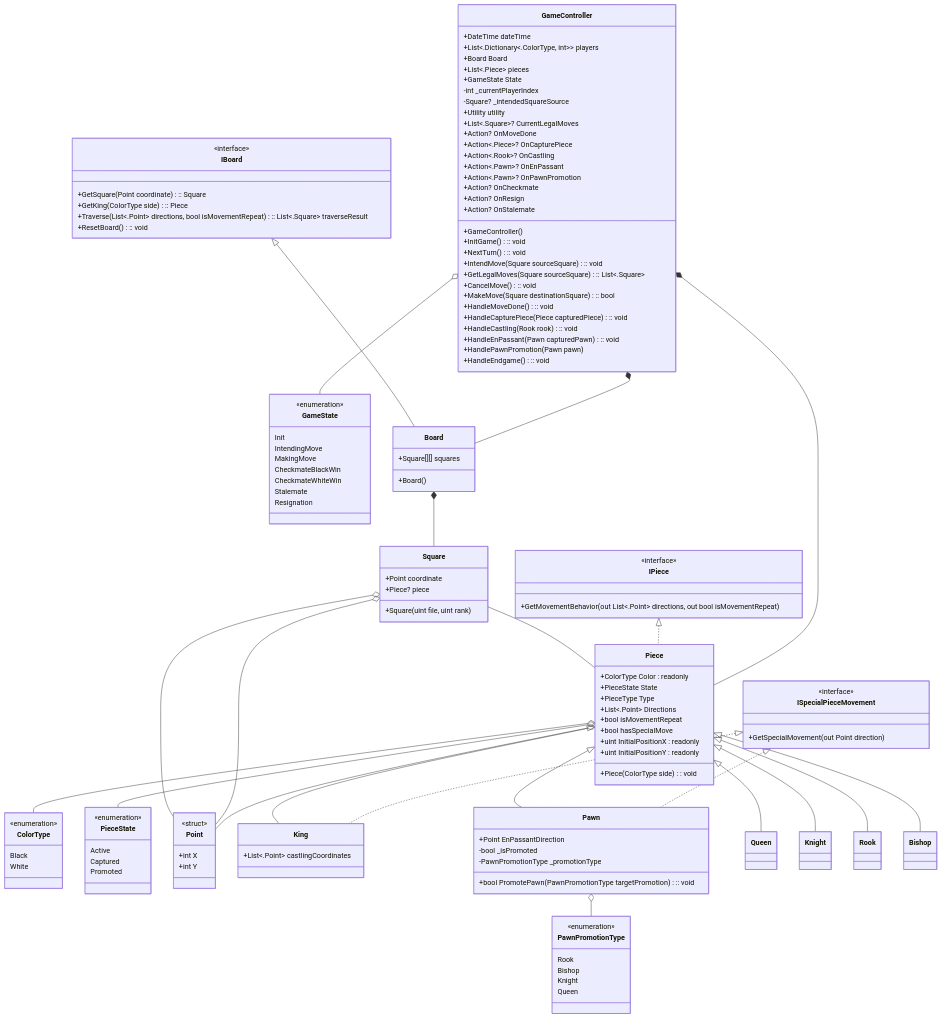
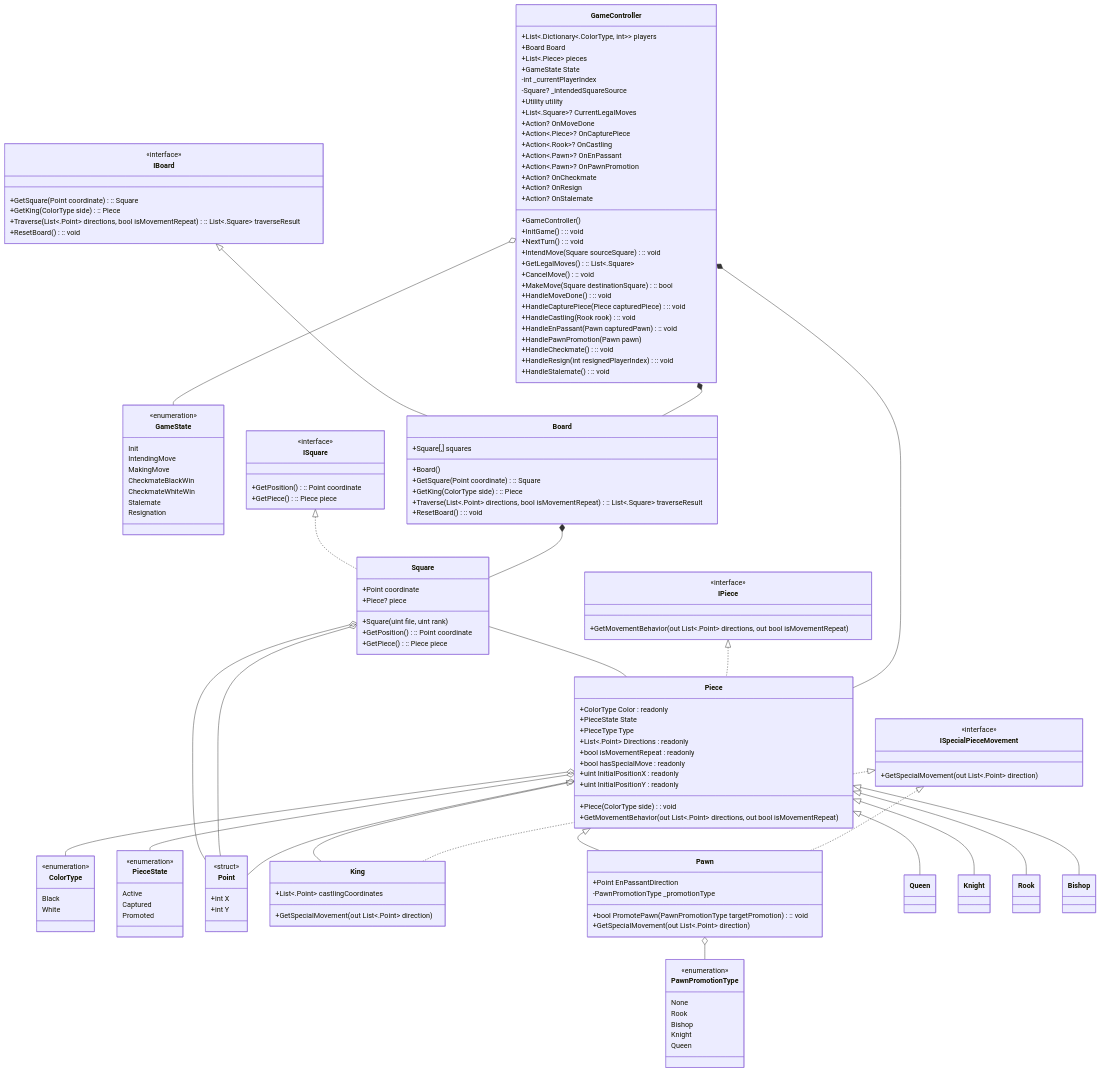
One commit to borednuna/Formulatrix-Batch-14-Bootcamp changed the diagram in Individual Project/Class Diagram/ChessRevision.mmd. Above: the diagram before and after it, drawn with Mermaid. The commit also changed 4 other files, not shown here.

```diff
--- a/Individual Project/Class Diagram/ChessRevision.mmd
+++ b/Individual Project/Class Diagram/ChessRevision.mmd
@@ -1,152 +1,169 @@
 classDiagram
 direction TB
 
 class ColorType {
     Black
     White
 }
 <<enumeration>> ColorType
 
 class PieceState {
     Active
     Captured
     Promoted
 }
 <<enumeration>> PieceState
 
 class GameState {
     Init
     IntendingMove
     MakingMove
     CheckmateBlackWin
     CheckmateWhiteWin
     Stalemate
     Resignation
 }
 <<enumeration>> GameState
 
 class PawnPromotionType {
+    None
     Rook
     Bishop
     Knight
     Queen
 }
 <<enumeration>> PawnPromotionType
 
 class Point {
     +int X
     +int Y
 }
 <<struct>> Point
 
 class IBoard {
     +GetSquare(Point coordinate) :: Square
     +GetKing(ColorType side) :: Piece
     +Traverse(List<.Point> directions, bool isMovementRepeat) :: List<.Square> traverseResult
     +ResetBoard() :: void
 }
 <<interface>> IBoard
 
 class IPiece {
     +GetMovementBehavior(out List<.Point> directions, out bool isMovementRepeat)
 }
 <<interface>> IPiece
 
 class ISpecialPieceMovement {
-    +GetSpecialMovement(out Point direction)
+    +GetSpecialMovement(out List<.Point> direction)
 }
 <<interface>> ISpecialPieceMovement
 
+class ISquare {
+    +GetPosition() :: Point coordinate
+    +GetPiece() :: Piece piece
+}
+<<interface>> ISquare
+
 class GameController {
-    +DateTime dateTime
     +List<.Dictionary<.ColorType, int>> players
     +Board Board
     +List<.Piece> pieces
     +GameState State
     -int _currentPlayerIndex
     -Square? _intendedSquareSource
     +Utility utility
     +List<.Square>? CurrentLegalMoves
     +GameController()
     +InitGame() :: void
     +NextTurn() :: void
     +IntendMove(Square sourceSquare) :: void
-    +GetLegalMoves(Square sourceSquare) :: List<.Square>
+    +GetLegalMoves() :: List<.Square>
     +CancelMove() :: void
     +MakeMove(Square destinationSquare) :: bool
     +Action? OnMoveDone
     +HandleMoveDone() :: void
     +Action<.Piece>? OnCapturePiece
     +HandleCapturePiece(Piece capturedPiece) :: void
     +Action<.Rook>? OnCastling
     +HandleCastling(Rook rook) :: void
     +Action<.Pawn>? OnEnPassant
     +HandleEnPassant(Pawn capturedPawn) :: void
     +Action<.Pawn>? OnPawnPromotion
     +HandlePawnPromotion(Pawn pawn)
     +Action? OnCheckmate
     +Action? OnResign
     +Action? OnStalemate
-    +HandleEndgame() :: void
+    +HandleCheckmate() :: void
+    +HandleResign(int resignedPlayerIndex) :: void
+    +HandleStalemate() :: void
 }
 
 class Board {
-    +Square[][] squares
+    +Square[,] squares
     +Board()
+    +GetSquare(Point coordinate) :: Square
+    +GetKing(ColorType side) :: Piece
+    +Traverse(List<.Point> directions, bool isMovementRepeat) :: List<.Square> traverseResult
+    +ResetBoard() :: void
 }
 
 class Square {
     +Point coordinate
     +Piece? piece
     +Square(uint file, uint rank)
+    +GetPosition() :: Point coordinate
+    +GetPiece() :: Piece piece
 }
 
 class Piece {
     +ColorType Color : readonly
     +PieceState State
     +PieceType Type
-    +List<.Point> Directions
-    +bool isMovementRepeat
-    +bool hasSpecialMove
+    +List<.Point> Directions : readonly
+    +bool isMovementRepeat : readonly
+    +bool hasSpecialMove : readonly
     +uint InitialPositionX : readonly
     +uint InitialPositionY : readonly
     +Piece(ColorType side) : void
+    +GetMovementBehavior(out List<.Point> directions, out bool isMovementRepeat)
 }
 
 class King {
     +List<.Point> castlingCoordinates
+    +GetSpecialMovement(out List<.Point> direction)
 }
 
 class Pawn {
     +Point EnPassantDirection
-    -bool _isPromoted
     -PawnPromotionType _promotionType
     +bool PromotePawn(PawnPromotionType targetPromotion) :: void
+    +GetSpecialMovement(out List<.Point> direction)
 }
 
 class Queen
 class Knight
 class Rook
 class Bishop
 
 Board *-- Square
 GameController *-- Piece
 GameController *-- Board
 GameController o-- GameState
 IBoard <|-- Board
 IPiece <|.. Piece
 ISpecialPieceMovement <|.. Pawn
 ISpecialPieceMovement <|.. King
+ISquare <|.. Square
 Pawn o-- PawnPromotionType
 Piece o-- PieceState
 Piece o-- ColorType
 Piece o-- Point
 Piece <|-- King
 Piece <|-- Pawn
 Piece <|-- Queen
 Piece <|-- Rook
 Piece <|-- Bishop
 Piece <|-- Knight
 Square o-- Point
 Square -- Piece
 Square o-- Point
```
